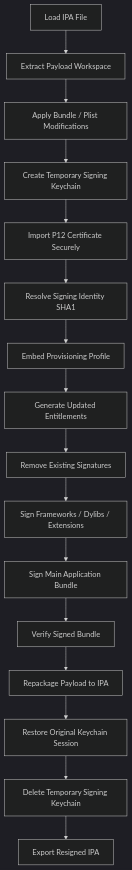
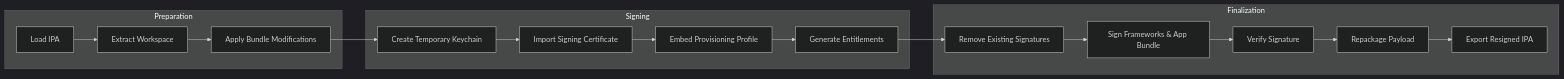
One commit to TechStoriesBlog/ipa-sign-craft changed the diagram in README.md. Above: the diagram before and after it, drawn with Mermaid (dark theme). The commit also changed other lines of this file and 20 other files, not shown here.

````diff
--- a/README.md
+++ b/README.md
@@ -40,23 +71,18 @@
 ```mermaid
-flowchart TD
+flowchart LR
 
-    A[Load IPA File] --> B[Extract Payload Workspace]
-    B --> C[Apply Bundle / Plist Modifications]
-    C --> D[Create Temporary Signing Keychain]
+    subgraph Preparation
+        A[Load IPA] --> B[Extract Workspace] --> C[Apply Bundle Modifications]
+    end
 
-    D --> E[Import P12 Certificate Securely]
-    E --> F[Resolve Signing Identity SHA1]
-    F --> G[Embed Provisioning Profile]
-    G --> H[Generate Updated Entitlements]
+    subgraph Signing
+        D[Create Temporary Keychain] --> E[Import Signing Certificate] --> F[Embed Provisioning Profile] --> G[Generate Entitlements]
+    end
 
-    H --> I[Remove Existing Signatures]
-    I --> J[Sign Frameworks / Dylibs / Extensions]
-    J --> K[Sign Main Application Bundle]
+    subgraph Finalization
+        H[Remove Existing Signatures] --> I[Sign Frameworks & App Bundle] --> J[Verify Signature] --> K[Repackage Payload] --> L[Export Resigned IPA]
+    end
 
-    K --> L[Verify Signed Bundle]
-    L --> M[Repackage Payload to IPA]
-
-    M --> N[Restore Original Keychain Session]
-    N --> O[Delete Temporary Signing Keychain]
-    O --> P[Export Resigned IPA]
+    C --> D
+    G --> H
 ```
````
